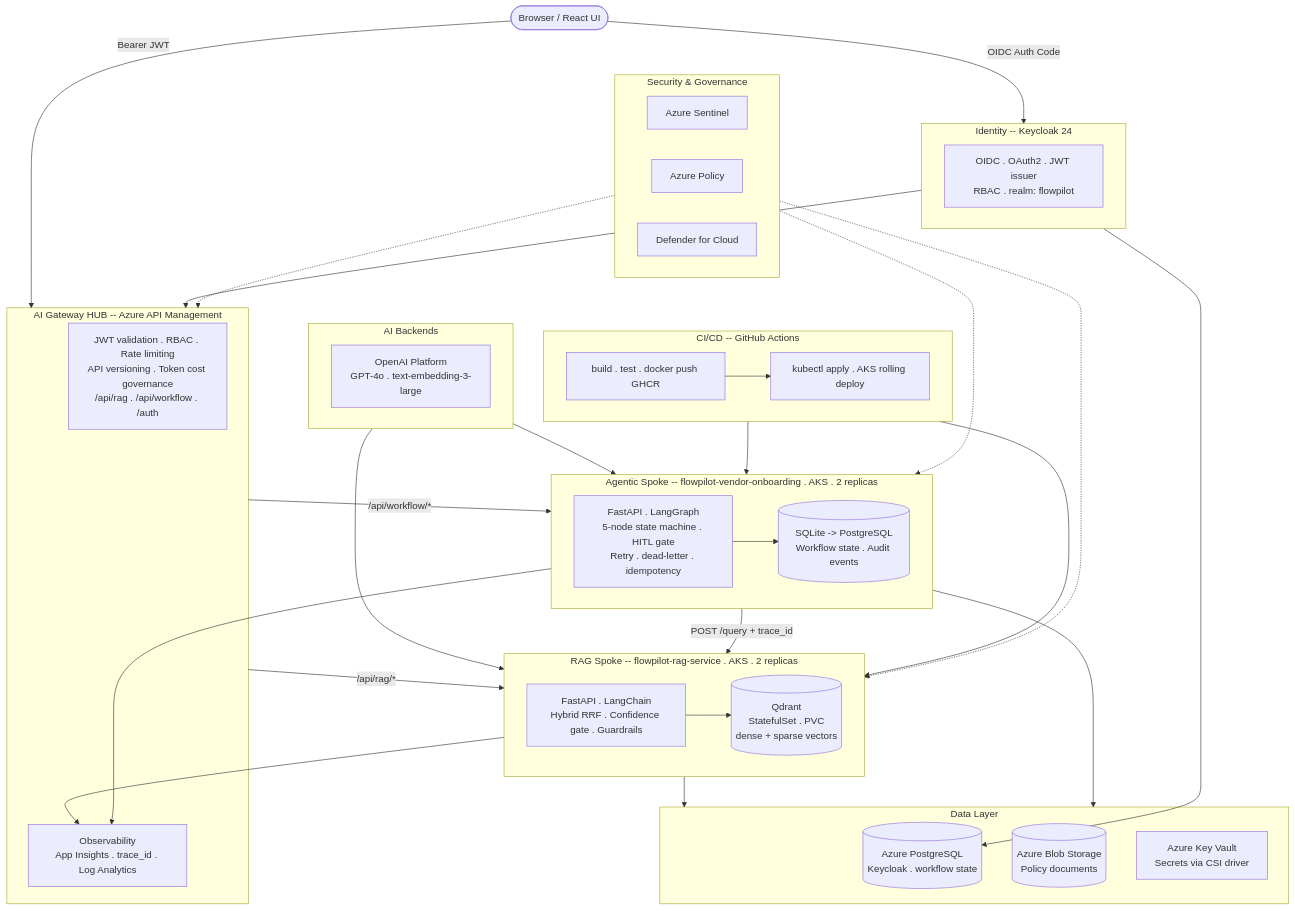
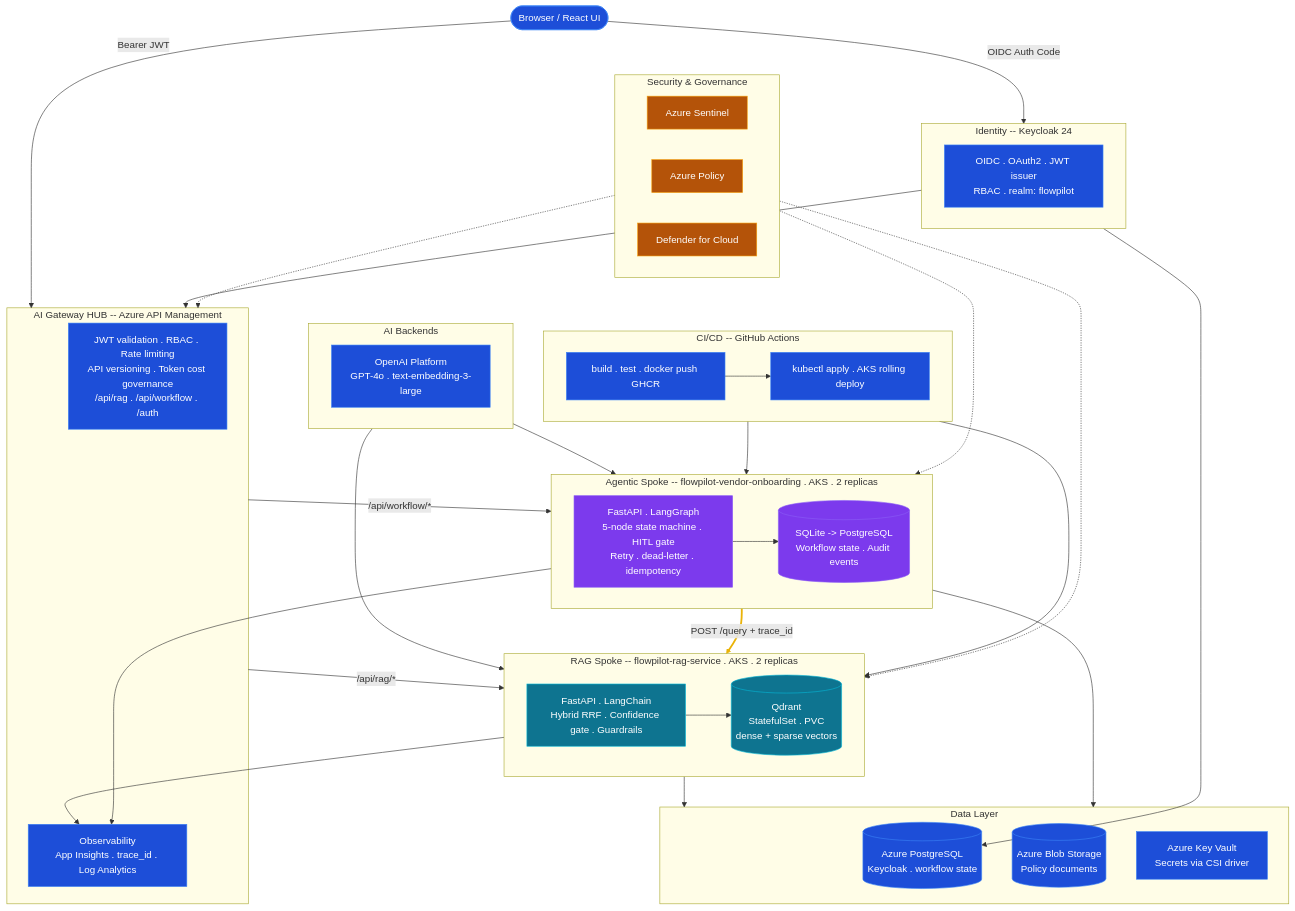
Before and after one commit to nitindra-soekhai/flowpilot-docs: the second of 4 diagrams in README.md, drawn with Mermaid. The commit also changed other lines of this file and 2 other files, not shown here.

Commit message:
docs: governed multi-agent framing, agent renames, README skill added

````diff
--- a/README.md
+++ b/README.md
@@ -220,48 +250,53 @@
 ```mermaid
 flowchart TB
- Browser(["Browser / React UI"])
+ classDef rag fill:#0e7490,stroke:#06b6d4,color:#fff
+ classDef agentic fill:#7c3aed,stroke:#8b5cf6,color:#fff
+ classDef hitl fill:#b45309,stroke:#f59e0b,color:#fff
+ classDef shared fill:#1d4ed8,stroke:#3b82f6,color:#fff
+
+ Browser(["Browser / React UI"]):::shared
 
  subgraph IDENTITY ["Identity -- Keycloak 24"]
- KC["OIDC . OAuth2 . JWT issuer\nRBAC . realm: flowpilot"]
+ KC["OIDC . OAuth2 . JWT issuer\nRBAC . realm: flowpilot"]:::shared
  end
 
  subgraph AI_BACKENDS ["AI Backends"]
- OAI["OpenAI Platform\nGPT-4o . text-embedding-3-large"]
+ OAI["OpenAI Platform\nGPT-4o . text-embedding-3-large"]:::shared
  end
 
  subgraph HUB ["AI Gateway HUB -- Azure API Management"]
- APIM["JWT validation . RBAC . Rate limiting\nAPI versioning . Token cost governance\n/api/rag . /api/workflow . /auth"]
- OBS["Observability\nApp Insights . trace_id . Log Analytics"]
+ APIM["JWT validation . RBAC . Rate limiting\nAPI versioning . Token cost governance\n/api/rag . /api/workflow . /auth"]:::shared
+ OBS["Observability\nApp Insights . trace_id . Log Analytics"]:::shared
  end
 
  subgraph RAG_SPOKE ["RAG Spoke -- flowpilot-rag-service . AKS . 2 replicas"]
- RAG["FastAPI . LangChain\nHybrid RRF . Confidence gate . Guardrails"]
- QD[("Qdrant\nStatefulSet . PVC\ndense + sparse vectors")]
+ RAG["FastAPI . LangChain\nHybrid RRF . Confidence gate . Guardrails"]:::rag
+ QD[("Qdrant\nStatefulSet . PVC\ndense + sparse vectors")]:::rag
  RAG --> QD
  end
 
  subgraph AGENT_SPOKE ["Agentic Spoke -- flowpilot-vendor-onboarding . AKS . 2 replicas"]
- ONB["FastAPI . LangGraph\n5-node state machine . HITL gate\nRetry . dead-letter . idempotency"]
- WF[("SQLite -> PostgreSQL\nWorkflow state . Audit events")]
+ ONB["FastAPI . LangGraph\n5-node state machine . HITL gate\nRetry . dead-letter . idempotency"]:::agentic
+ WF[("SQLite -> PostgreSQL\nWorkflow state . Audit events")]:::agentic
  ONB --> WF
  end
 
  subgraph DATA ["Data Layer"]
- PG[("Azure PostgreSQL\nKeycloak . workflow state")]
- BLOB[("Azure Blob Storage\nPolicy documents")]
- KV["Azure Key Vault\nSecrets via CSI driver"]
+ PG[("Azure PostgreSQL\nKeycloak . workflow state")]:::shared
+ BLOB[("Azure Blob Storage\nPolicy documents")]:::shared
+ KV["Azure Key Vault\nSecrets via CSI driver"]:::shared
  end
 
  subgraph CICD ["CI/CD -- GitHub Actions"]
- GHA["build . test . docker push GHCR"]
- K8S["kubectl apply . AKS rolling deploy"]
+ GHA["build . test . docker push GHCR"]:::shared
+ K8S["kubectl apply . AKS rolling deploy"]:::shared
  GHA --> K8S
  end
 
  subgraph SECURITY ["Security & Governance"]
- SEN["Azure Sentinel"]
- POL["Azure Policy"]
- DEF["Defender for Cloud"]
+ SEN["Azure Sentinel"]:::hitl
+ POL["Azure Policy"]:::hitl
+ DEF["Defender for Cloud"]:::hitl
  end
 
  Browser -- "OIDC Auth Code" --> IDENTITY
@@ -288,4 +323,14 @@
  SECURITY -.-> HUB
  SECURITY -.-> RAG_SPOKE
  SECURITY -.-> AGENT_SPOKE
+
+ style IDENTITY fill:#fffde7,stroke:#aaaa33
+ style AI_BACKENDS fill:#fffde7,stroke:#aaaa33
+ style HUB fill:#fffde7,stroke:#aaaa33
+ style RAG_SPOKE fill:#fffde7,stroke:#aaaa33
+ style AGENT_SPOKE fill:#fffde7,stroke:#aaaa33
+ style DATA fill:#fffde7,stroke:#aaaa33
+ style CICD fill:#fffde7,stroke:#aaaa33
+ style SECURITY fill:#fffde7,stroke:#aaaa33
+ linkStyle 10 stroke:#eab308,stroke-width:3px
 ```
````
